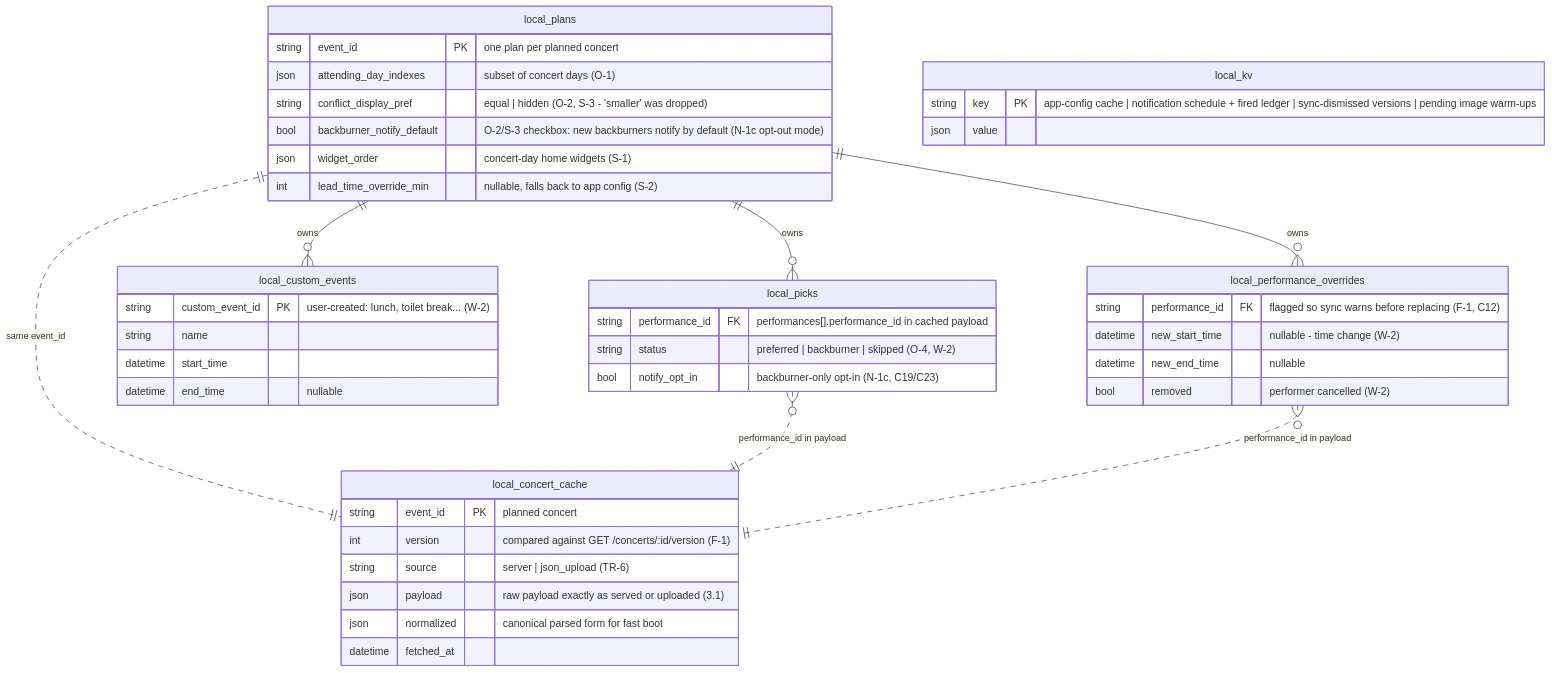
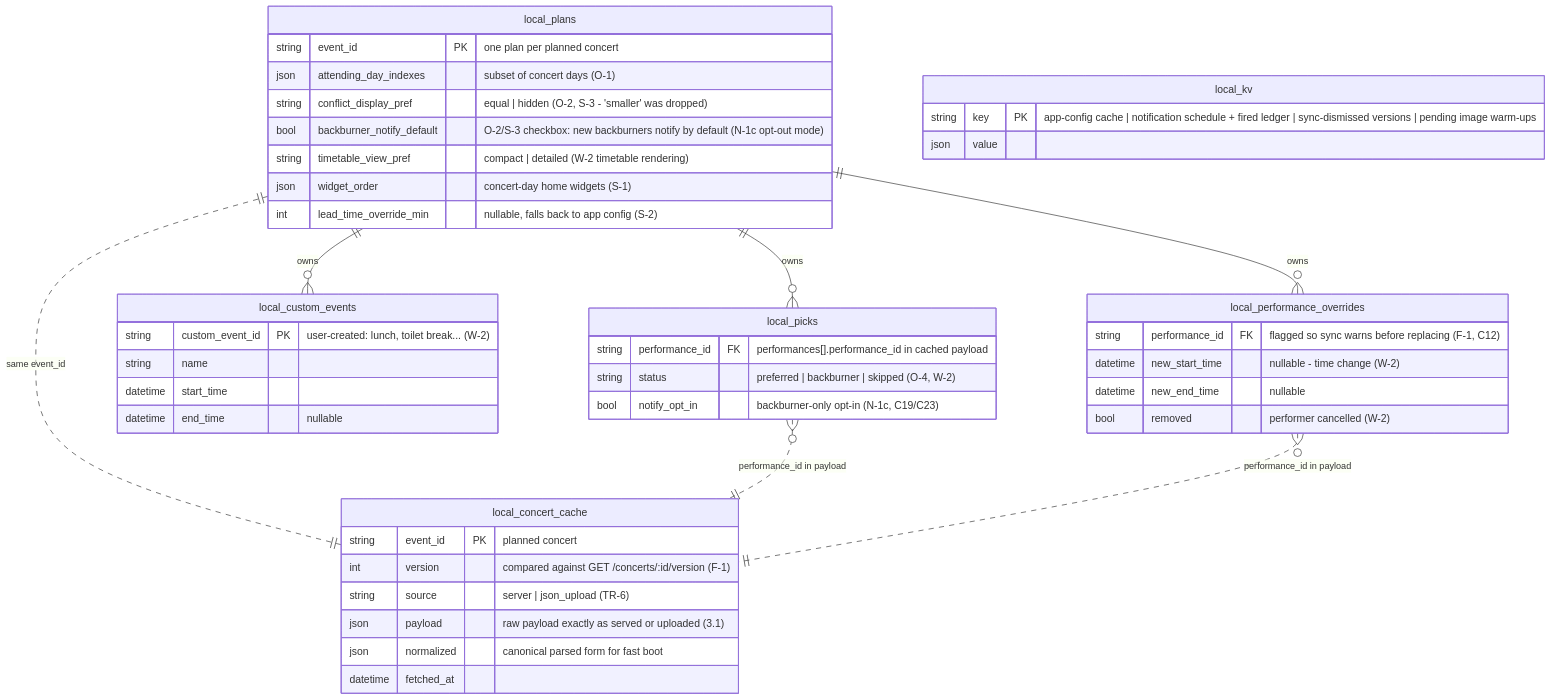
One commit to DTA32/kawan-ngonser changed the diagram in indexeddb.mermaid. Above: the diagram before and after it, drawn with Mermaid. The commit also changed 16 other files, not shown here.

Commit message:
feat: detailed timetable

```diff
--- a/indexeddb.mermaid
+++ b/indexeddb.mermaid
@@ -1,65 +1,66 @@
 erDiagram
     %% ============================================================
     %% Kawan Ngonser - IndexedDB ERD (matches REQUIREMENTS.md v7 and
     %% the implemented Dexie schema in kawan-ngonser-frontend/app/db).
     %% On-device user data (TR-4 / section 3.3), one set per planned
     %% concert. The backend holds none of this - server-side schema
     %% lives in mongodb.mermaid.
     %% performance_id / event_id refer to the concert data cached in
     %% local_concert_cache.payload (same business ids the server uses).
     %% All datetime fields are stored as epoch milliseconds.
     %% Theme (section 3.4) lives in localStorage, not here - it must be
     %% readable before first paint.
     %% Solid line  = owned by the plan
     %% Dashed line = reference by id
     %% ============================================================
 
     local_concert_cache {
         string event_id PK "planned concert"
         int version "compared against GET /concerts/:id/version (F-1)"
         string source "server | json_upload (TR-6)"
         json payload "raw payload exactly as served or uploaded (3.1)"
         json normalized "canonical parsed form for fast boot"
         datetime fetched_at
     }
 
     local_plans {
         string event_id PK "one plan per planned concert"
         json attending_day_indexes "subset of concert days (O-1)"
         string conflict_display_pref "equal | hidden (O-2, S-3 - 'smaller' was dropped)"
         bool backburner_notify_default "O-2/S-3 checkbox: new backburners notify by default (N-1c opt-out mode)"
+        string timetable_view_pref "compact | detailed (W-2 timetable rendering)"
         json widget_order "concert-day home widgets (S-1)"
         int lead_time_override_min "nullable, falls back to app config (S-2)"
     }
 
     local_kv {
         string key PK "app-config cache | notification schedule + fired ledger | sync-dismissed versions | pending image warm-ups"
         json value
     }
 
     local_picks {
         string performance_id FK "performances[].performance_id in cached payload"
         string status "preferred | backburner | skipped (O-4, W-2)"
         bool notify_opt_in "backburner-only opt-in (N-1c, C19/C23)"
     }
 
     local_custom_events {
         string custom_event_id PK "user-created: lunch, toilet break... (W-2)"
         string name
         datetime start_time
         datetime end_time "nullable"
     }
 
     local_performance_overrides {
         string performance_id FK "flagged so sync warns before replacing (F-1, C12)"
         datetime new_start_time "nullable - time change (W-2)"
         datetime new_end_time "nullable"
         bool removed "performer cancelled (W-2)"
     }
 
     local_plans ||..|| local_concert_cache : "same event_id"
     local_plans ||--o{ local_picks : "owns"
     local_plans ||--o{ local_custom_events : "owns"
     local_plans ||--o{ local_performance_overrides : "owns"
     local_picks }o..|| local_concert_cache : "performance_id in payload"
     local_performance_overrides }o..|| local_concert_cache : "performance_id in payload"
```
